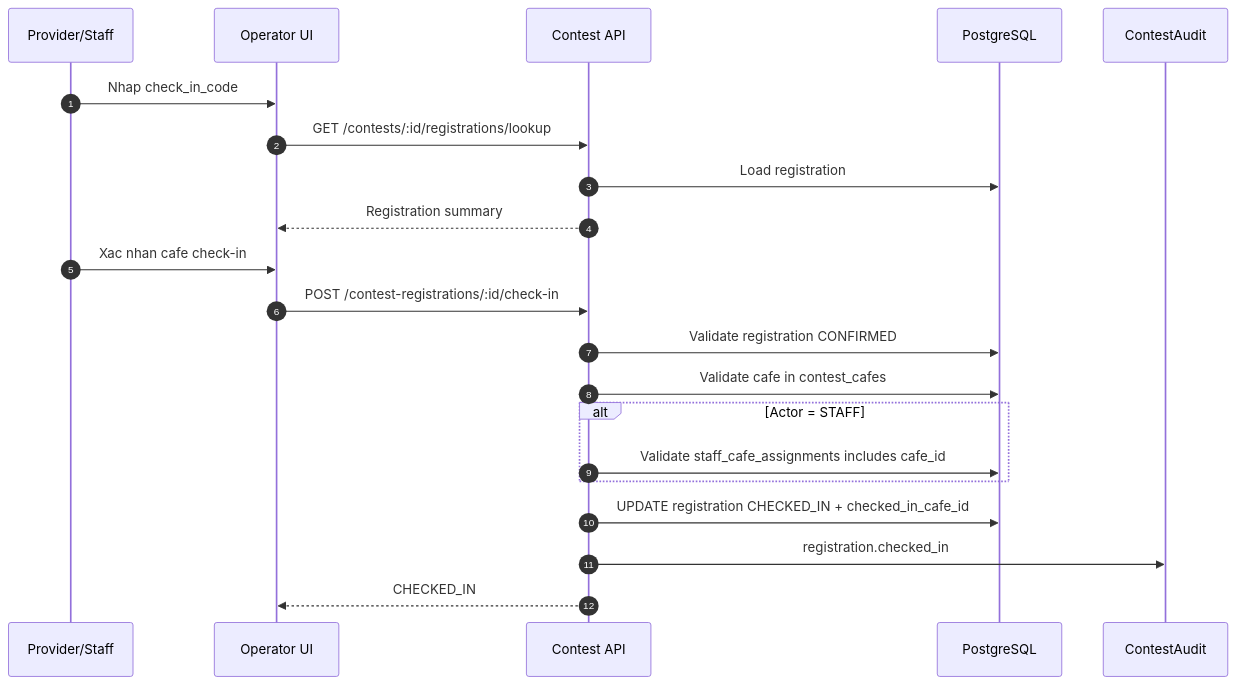
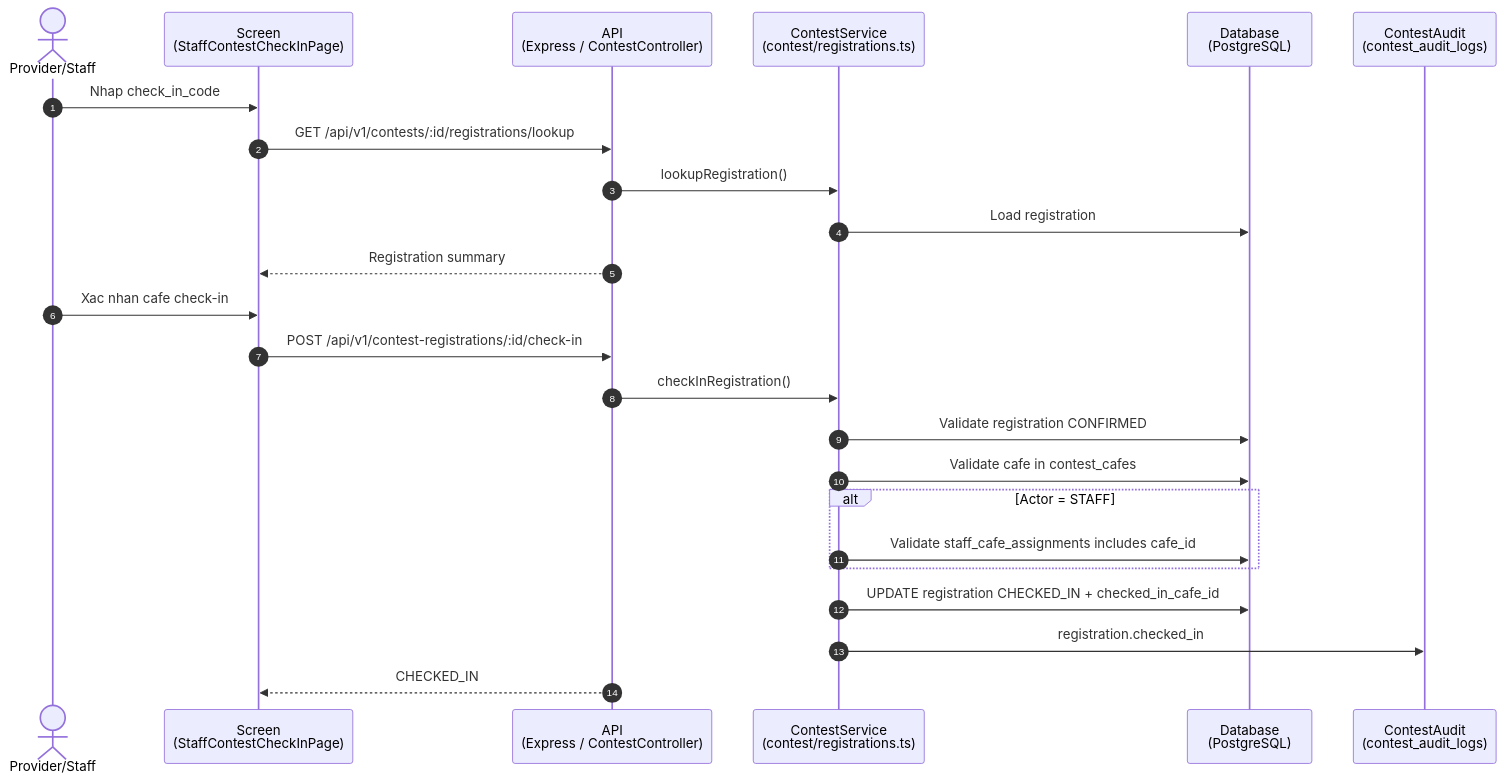
Before and after one commit to RCField-SEP490/rcfield-spec: the fourth of 9 diagrams in docs/diagrams/sequence/sequence-flow-contest-vehicle-operations.md, drawn with Mermaid. The commit also changed other lines of this file and 15 other files, not shown here.

First line of the commit message:
Add sequence flow diagrams for provider, staff, and supporting operations

````diff
--- a/docs/diagrams/sequence/sequence-flow-contest-vehicle-operations.md
+++ b/docs/diagrams/sequence/sequence-flow-contest-vehicle-operations.md
@@ -117,25 +127,28 @@
 ```mermaid
 sequenceDiagram
     autonumber
-    participant O as Provider/Staff
-    participant FE as Operator UI
-    participant CAPI as Contest API
-    participant DB as PostgreSQL
-    participant Audit as ContestAudit
+    actor O as Provider/Staff
+    participant FE as Screen<br/>(StaffContestCheckInPage)
+    participant CAPI as API<br/>(Express / ContestController)
+    participant CS as ContestService<br/>(contest/registrations.ts)
+    participant DB as Database<br/>(PostgreSQL)
+    participant Audit as ContestAudit<br/>(contest_audit_logs)
 
     O->>FE: Nhap check_in_code
-    FE->>CAPI: GET /contests/:id/registrations/lookup
-    CAPI->>DB: Load registration
+    FE->>CAPI: GET /api/v1/contests/:id/registrations/lookup
+    CAPI->>CS: lookupRegistration()
+    CS->>DB: Load registration
     CAPI-->>FE: Registration summary
 
     O->>FE: Xac nhan cafe check-in
-    FE->>CAPI: POST /contest-registrations/:id/check-in
-    CAPI->>DB: Validate registration CONFIRMED
-    CAPI->>DB: Validate cafe in contest_cafes
+    FE->>CAPI: POST /api/v1/contest-registrations/:id/check-in
+    CAPI->>CS: checkInRegistration()
+    CS->>DB: Validate registration CONFIRMED
+    CS->>DB: Validate cafe in contest_cafes
     alt Actor = STAFF
-        CAPI->>DB: Validate staff_cafe_assignments includes cafe_id
+        CS->>DB: Validate staff_cafe_assignments includes cafe_id
     end
-    CAPI->>DB: UPDATE registration CHECKED_IN + checked_in_cafe_id
-    CAPI->>Audit: registration.checked_in
+    CS->>DB: UPDATE registration CHECKED_IN + checked_in_cafe_id
+    CS->>Audit: registration.checked_in
     CAPI-->>FE: CHECKED_IN
 ```
````
